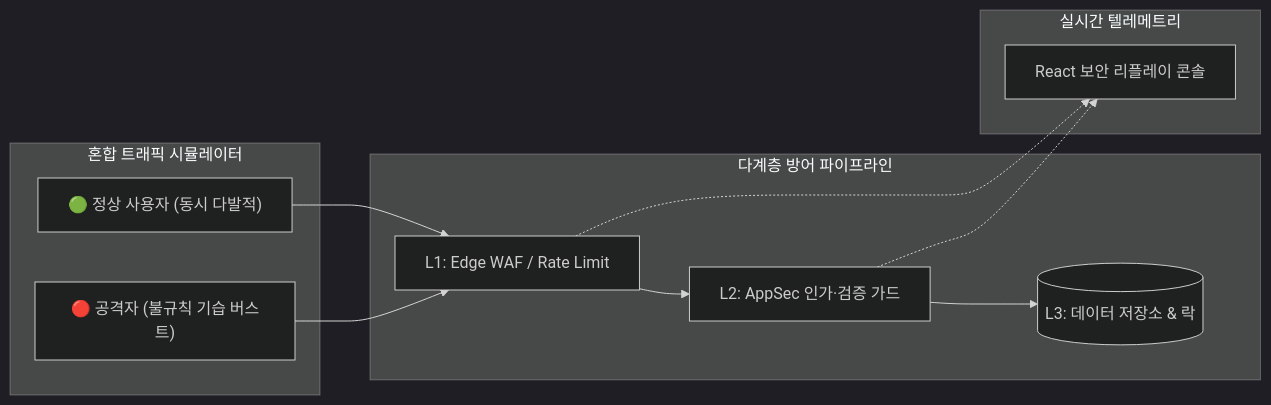
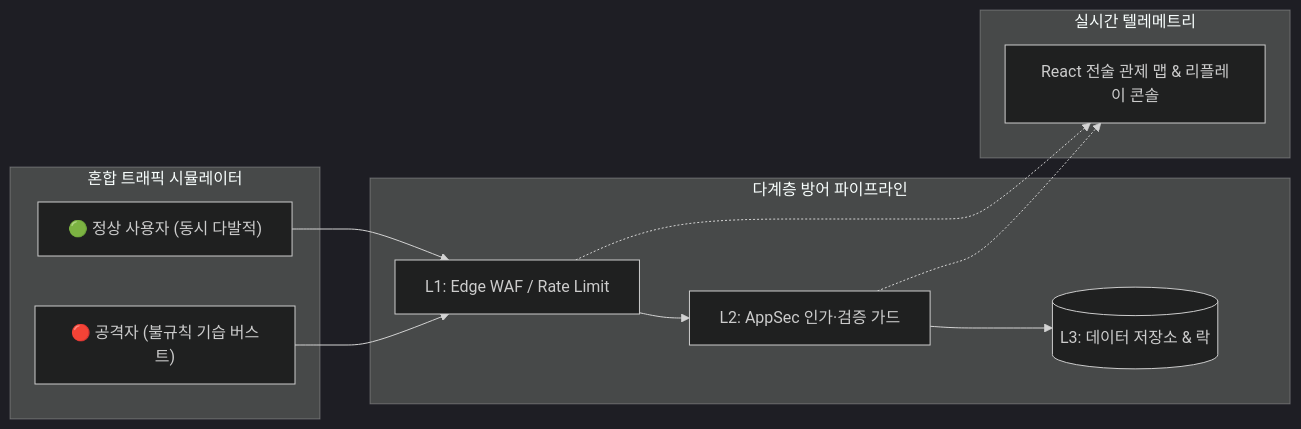
The diagram in README.md (KimseungMoo/payguard-appsec-lab), drawn with Mermaid (dark theme) before and after one commit. The commit also changed other lines of this file and 8 other files, not shown here.

````diff
--- a/README.md
+++ b/README.md
@@ -11,23 +17,23 @@
 ```mermaid
 flowchart LR
     subgraph Sim["혼합 트래픽 시뮬레이터"]
         NU["🟢 정상 사용자 (동시 다발적)"]
         HA["🔴 공격자 (불규칙 기습 버스트)"]
     end
 
     subgraph Defense["다계층 방어 파이프라인"]
         WAF["L1: Edge WAF / Rate Limit"]
         APP["L2: AppSec 인가·검증 가드"]
         DB[("L3: 데이터 저장소 & 락")]
     end
 
     subgraph Console["실시간 텔레메트리"]
-        UI["React 보안 리플레이 콘솔"]
+        UI["React 전술 관제 맵 & 리플레이 콘솔"]
     end
 
     NU --> WAF
     HA --> WAF
     WAF --> APP --> DB
     WAF -.-> UI
     APP -.-> UI
 ```
````
